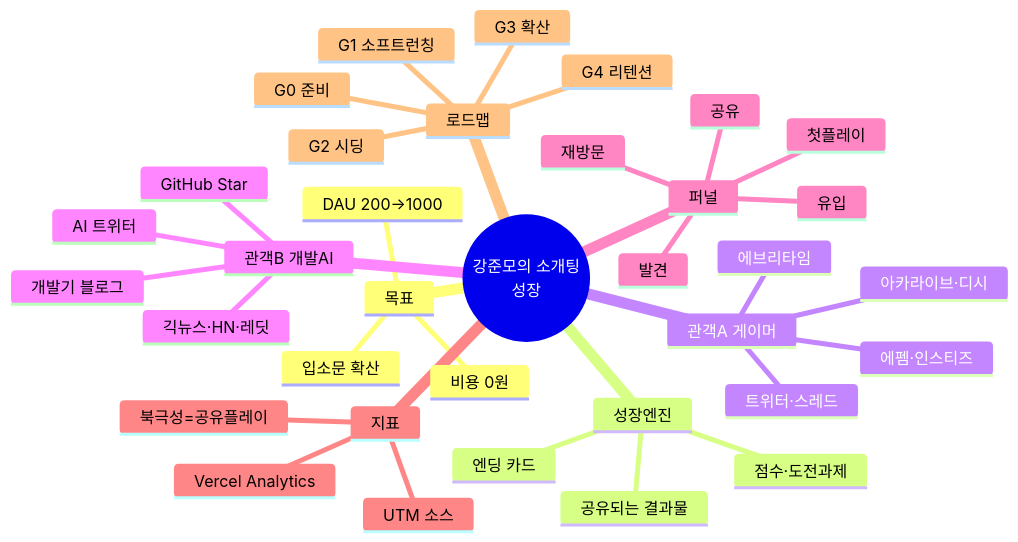
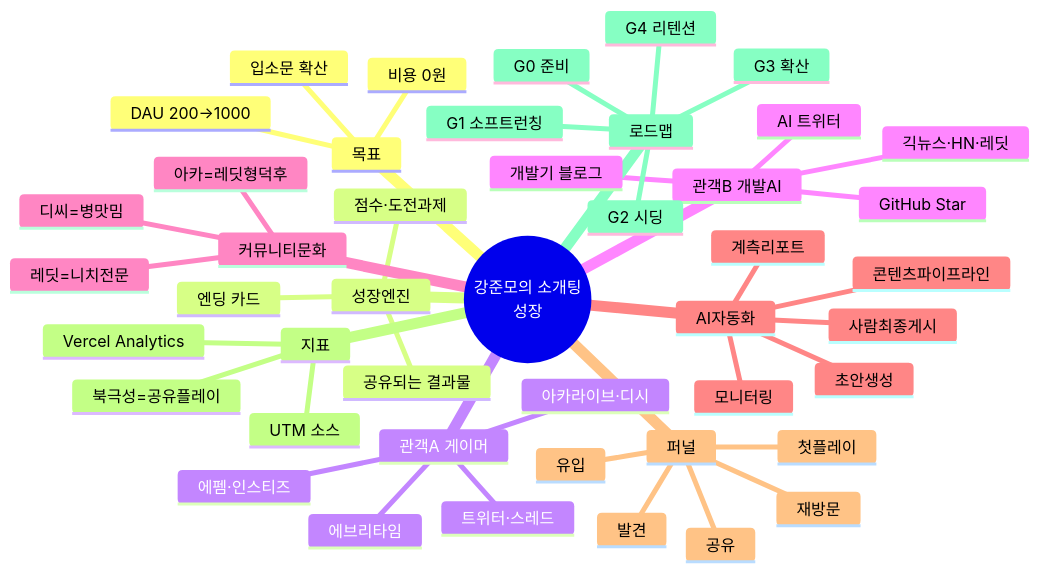
Before and after one commit to codethisai/Junmo-game: the diagram in GROWTH.md, drawn with Mermaid. The commit also changed other lines of this file, not shown here.

````diff
--- a/GROWTH.md
+++ b/GROWTH.md
@@ -118,38 +199,48 @@
 ```mermaid
 mindmap
   root((강준모의 소개팅<br/>성장))
     목표
       DAU 200→1000
       비용 0원
       입소문 확산
     성장엔진
       공유되는 결과물
       엔딩 카드
       점수·도전과제
     관객A 게이머
       아카라이브·디시
       에펨·인스티즈
       에브리타임
       트위터·스레드
     관객B 개발AI
       GitHub Star
       긱뉴스·HN·레딧
       AI 트위터
       개발기 블로그
+    커뮤니티문화
+      아카=레딧형덕후
+      디씨=병맛밈
+      레딧=니치전문
+    AI자동화
+      모니터링
+      초안생성
+      콘텐츠파이프라인
+      계측리포트
+      사람최종게시
     퍼널
       발견
       유입
       첫플레이
       공유
       재방문
     지표
       Vercel Analytics
       UTM 소스
       북극성=공유플레이
     로드맵
       G0 준비
       G1 소프트런칭
       G2 시딩
       G3 확산
       G4 리텐션
 ```
````
